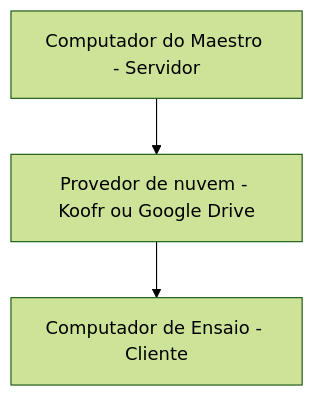
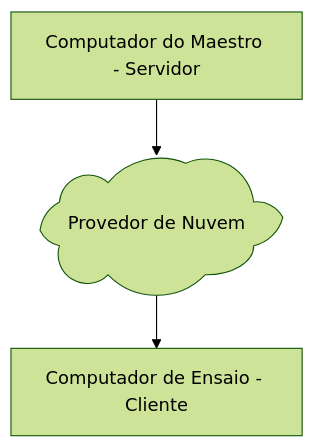
Before and after one commit to Faell4328/ottavada: the diagram in docs/Alto Nivel/1 - Tipos de Score Maestro.md, drawn with Mermaid (forest theme). The commit also changed other lines of this file and 23 other files, not shown here.

````diff
--- a/docs/Alto Nivel/1 - Tipos de Score Maestro.md
+++ b/docs/Alto Nivel/1 - Tipos de Score Maestro.md
@@ -19,5 +19,5 @@
 ```mermaid
 flowchart TD
- A[Computador do Maestro - Servidor] --> B[Provedor de nuvem - Koofr ou Google Drive]
+ A[Computador do Maestro - Servidor] -->  B@{ shape: cloud, label: "Provedor de Nuvem" }
  B --> C[Computador de Ensaio - Cliente]
 ```
````
